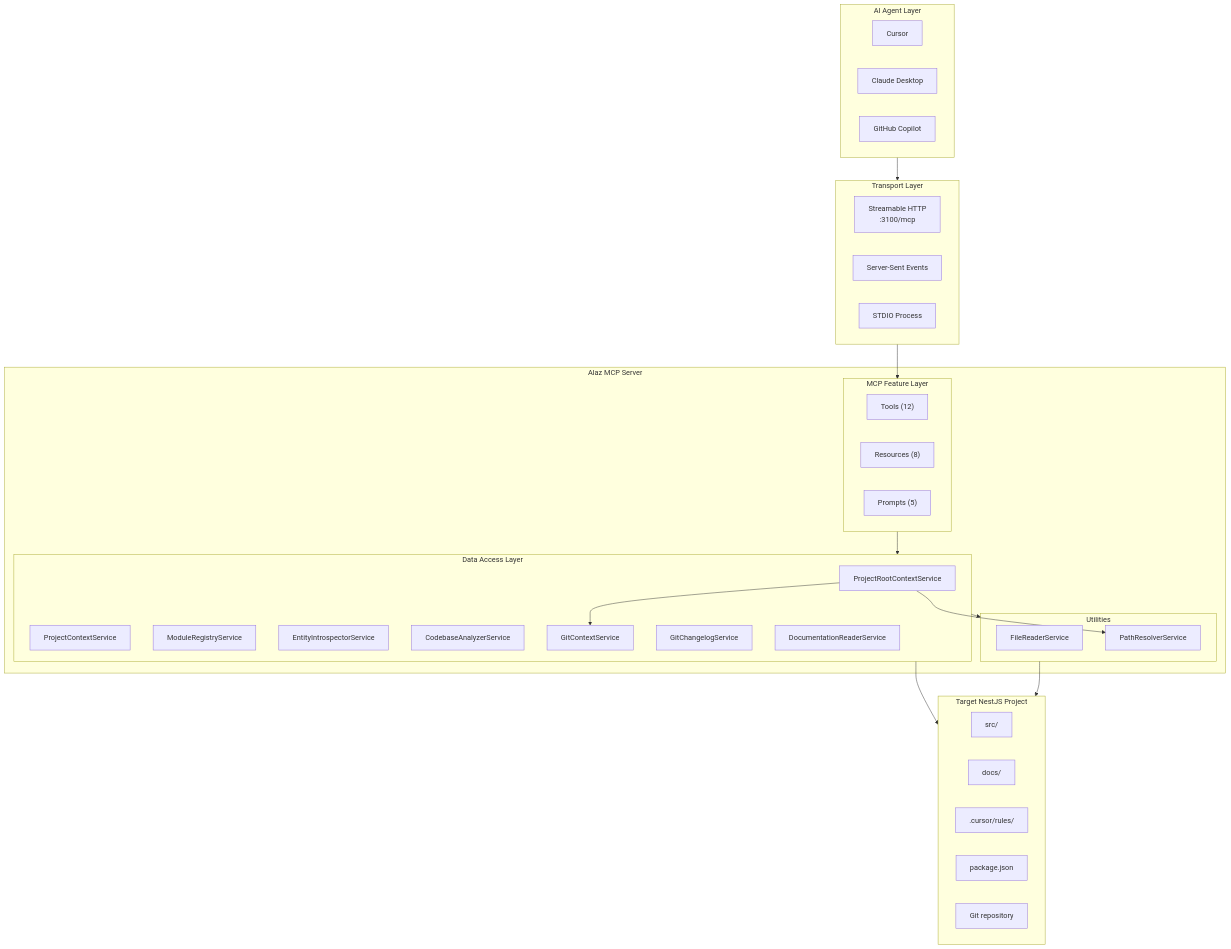
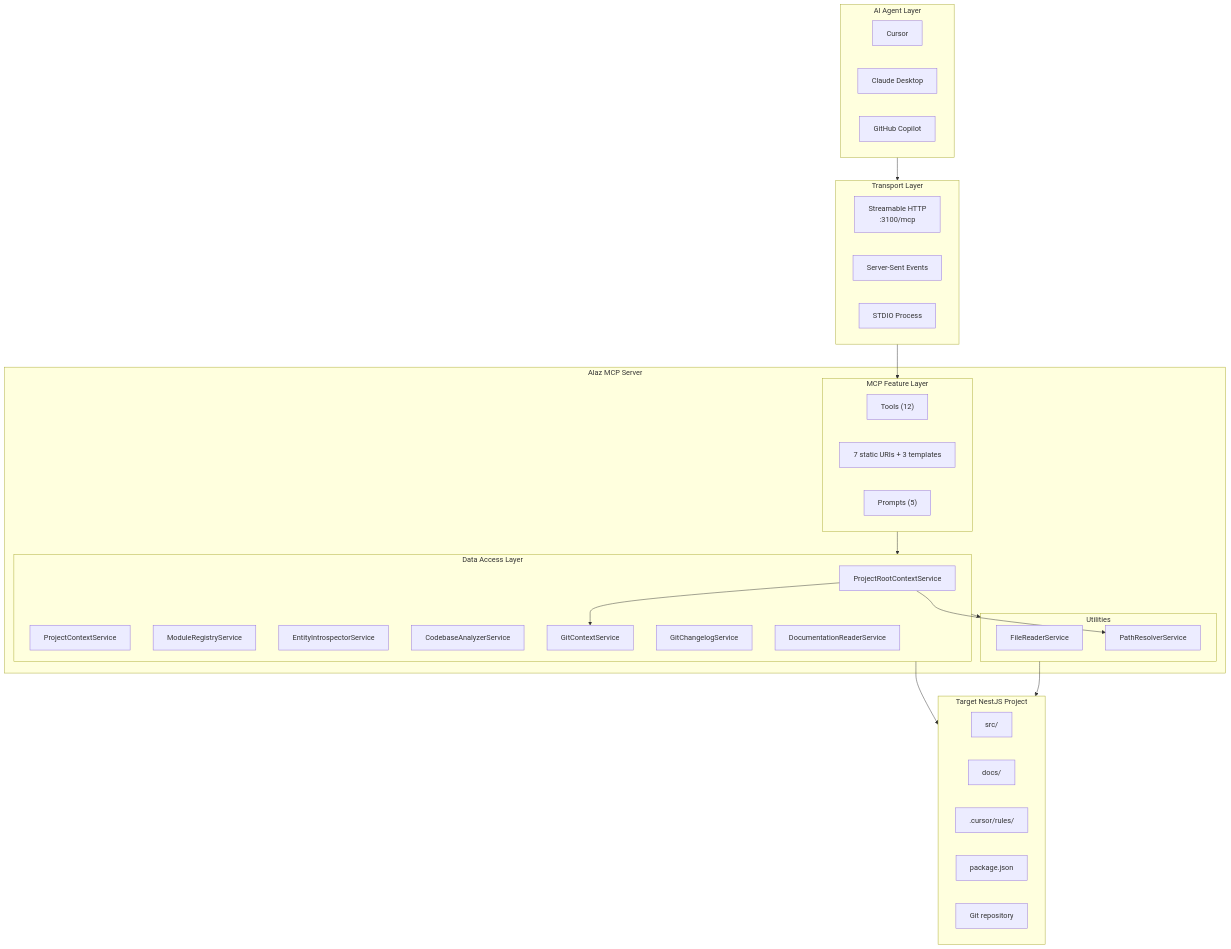
One commit to hbarbosa02/alaz-mcp-nestjs changed the first of 12 diagrams in docs/MCP-FLOWS-AND-ARCHITECTURE.md. Above: the diagram before and after it, drawn with Mermaid. The commit also changed other lines of this file and 5 other files, not shown here.

````diff
--- a/docs/MCP-FLOWS-AND-ARCHITECTURE.md
+++ b/docs/MCP-FLOWS-AND-ARCHITECTURE.md
@@ -9,55 +9,55 @@
 ```mermaid
 flowchart TB
     subgraph Client["AI Agent Layer"]
         Cursor["Cursor"]
         Claude["Claude Desktop"]
         Copilot["GitHub Copilot"]
     end
 
     subgraph Transport["Transport Layer"]
         HTTP["Streamable HTTP<br/>:3100/mcp"]
         SSE["Server-Sent Events"]
         STDIO["STDIO Process"]
     end
 
     subgraph MCP["Alaz MCP Server"]
         subgraph Feature["MCP Feature Layer"]
             Tools["Tools (12)"]
-            Resources["Resources (8)"]
+            Resources["7 static URIs + 3 templates"]
             Prompts["Prompts (5)"]
         end
 
         subgraph DataAccess["Data Access Layer"]
             ProjectRootContext["ProjectRootContextService"]
             ProjectContext["ProjectContextService"]
             ModuleRegistry["ModuleRegistryService"]
             EntityIntrospector["EntityIntrospectorService"]
             CodebaseAnalyzer["CodebaseAnalyzerService"]
             GitContext["GitContextService"]
             GitChangelog["GitChangelogService"]
             DocReader["DocumentationReaderService"]
         end
 
         subgraph Util["Utilities"]
             FileReader["FileReaderService"]
             PathResolver["PathResolverService"]
         end
     end
 
     subgraph Target["Target NestJS Project"]
         Src["src/"]
         Docs["docs/"]
         CursorRules[".cursor/rules/"]
         Pkg["package.json"]
         Git["Git repository"]
     end
 
     Client --> Transport
     Transport --> Feature
     Feature --> DataAccess
     DataAccess --> Util
     DataAccess --> Target
     Util --> Target
     ProjectRootContext --> PathResolver
     ProjectRootContext --> GitContext
 ```
````
